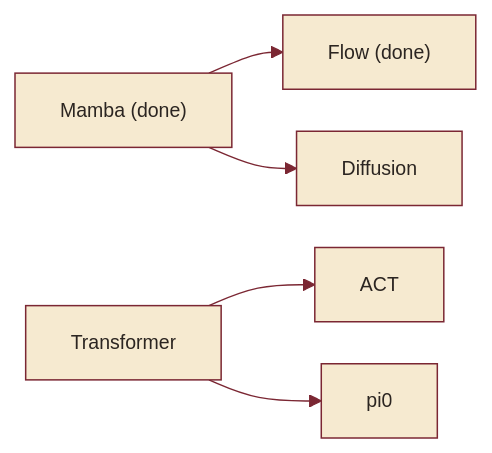
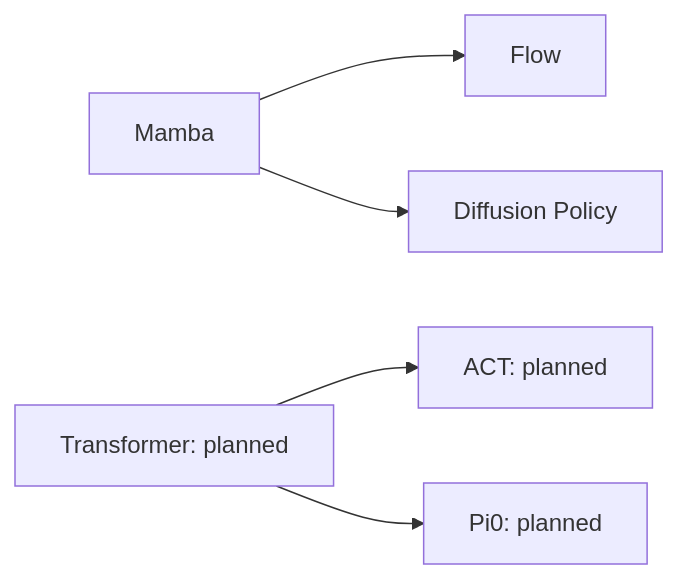
Before and after one commit to elprofesoriqo/FlowEdge: the second of 3 diagrams in docs/architecture/overview.md, drawn with Mermaid. The commit also changed other lines of this file and 16 other files, not shown here.

````diff
--- a/docs/architecture/overview.md
+++ b/docs/architecture/overview.md
@@ -40,8 +30,7 @@
 ```{mermaid}
-%%{init: {'theme':'base','flowchart':{'htmlLabels':false,'nodeSpacing':28,'rankSpacing':34,'useMaxWidth':false},'themeVariables':{'primaryColor':'#f6ead0','primaryBorderColor':'#7b2733','lineColor':'#7b2733','primaryTextColor':'#2b2521','secondaryColor':'#eaddbf','tertiaryColor':'#faf3e2','fontFamily':'system-ui, -apple-system, Segoe UI, Roboto, sans-serif','fontSize':'13px'}}}%%
-graph LR
-  M["Mamba (done)"] --> F["Flow (done)"]
-  M --> D[Diffusion]
-  TR[Transformer] --> ACT[ACT]
-  TR --> P[pi0]
+flowchart LR
+  M[Mamba] --> F[Flow]
+  M --> D[Diffusion Policy]
+  T[Transformer: planned] --> A[ACT: planned]
+  T --> P[Pi0: planned]
 ```
````
